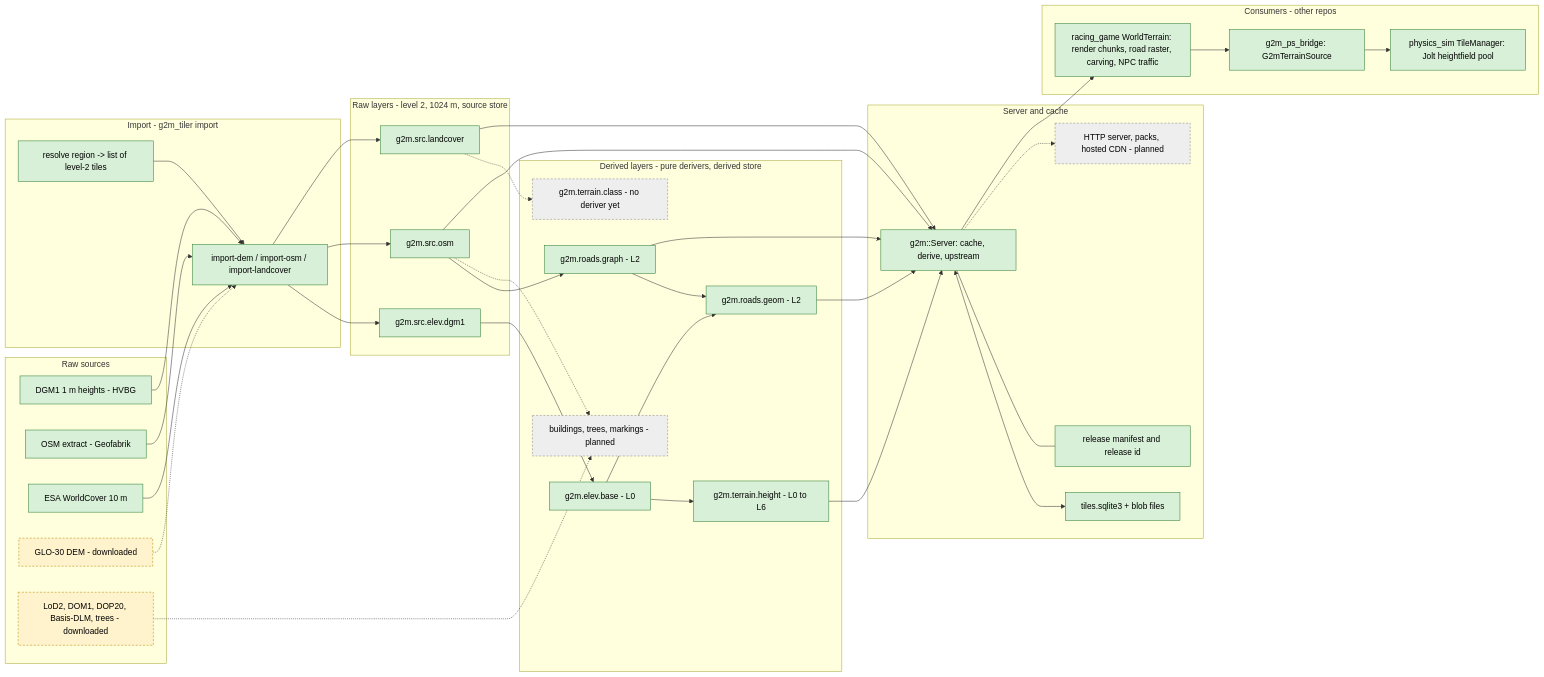
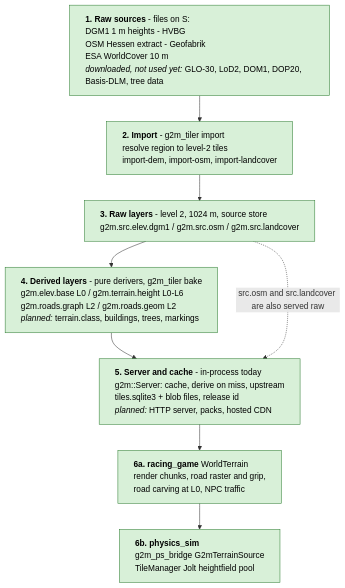
The first of 4 diagrams in docs/pipeline/README.md (SebastianDanielFrenz/geo2map_engine), drawn with Mermaid before and after one commit. The commit also changed other lines of this file, not shown here.

Commit message:
docs/pipeline: compact top-down overview and roadmap diagrams
The detailed left-to-right overview rendered about 2900 px wide. The overview
is now one box per stage (the per-layer detail stays in the layer dependency
diagram); the roadmap runs top-down.

````diff
--- a/docs/pipeline/README.md
+++ b/docs/pipeline/README.md
@@ -30,69 +30,16 @@
 ```mermaid
-flowchart LR
-  subgraph SRC["Raw sources"]
-    S1["DGM1 1 m heights - HVBG"]
-    S2["OSM extract - Geofabrik"]
-    S3["ESA WorldCover 10 m"]
-    S4["GLO-30 DEM - downloaded"]
-    S5["LoD2, DOM1, DOP20, Basis-DLM, trees - downloaded"]
-  end
-  subgraph IMP["Import - g2m_tiler import"]
-    I1["resolve region -> list of level-2 tiles"]
-    I2["import-dem / import-osm / import-landcover"]
-  end
-  subgraph RAW["Raw layers - level 2, 1024 m, source store"]
-    R1["g2m.src.elev.dgm1"]
-    R2["g2m.src.osm"]
-    R3["g2m.src.landcover"]
-  end
-  subgraph BAKE["Derived layers - pure derivers, derived store"]
-    D1["g2m.elev.base - L0"]
-    D2["g2m.terrain.height - L0 to L6"]
-    D3["g2m.roads.graph - L2"]
-    D4["g2m.roads.geom - L2"]
-    D5["g2m.terrain.class - no deriver yet"]
-    D6["buildings, trees, markings - planned"]
-  end
-  subgraph SRVC["Server and cache"]
-    C1["g2m::Server: cache, derive, upstream"]
-    C2["tiles.sqlite3 + blob files"]
-    C3["release manifest and release id"]
-    C4["HTTP server, packs, hosted CDN - planned"]
-  end
-  subgraph CONS["Consumers - other repos"]
-    K1["racing_game WorldTerrain: render chunks, road raster, carving, NPC traffic"]
-    K2["g2m_ps_bridge: G2mTerrainSource"]
-    K3["physics_sim TileManager: Jolt heightfield pool"]
-  end
-  S1 --> I2
-  S2 --> I2
-  S3 --> I2
-  S4 -.-> I2
-  S5 -.-> D6
-  I1 --> I2
-  I2 --> R1
-  I2 --> R2
-  I2 --> R3
-  R1 --> D1 --> D2
-  R2 --> D3 --> D4
-  D1 --> D4
-  R3 -.-> D5
-  R2 -.-> D6
-  D2 --> C1
-  D3 --> C1
-  D4 --> C1
-  R2 --> C1
-  R3 --> C1
-  C1 <--> C2
-  C1 --- C3
-  C1 -.-> C4
-  C1 --> K1
-  K1 --> K2 --> K3
+%%{init: {"flowchart": {"wrappingWidth": 440, "useMaxWidth": false}}}%%
+flowchart TB
+  SRC["<b>1. Raw sources</b> - files on S:<br/>DGM1 1 m heights - HVBG<br/>OSM Hessen extract - Geofabrik<br/>ESA WorldCover 10 m<br/><i>downloaded, not used yet:</i> GLO-30, LoD2, DOM1, DOP20, Basis-DLM, tree data"]
+  IMP["<b>2. Import</b> - g2m_tiler import<br/>resolve region to level-2 tiles<br/>import-dem, import-osm, import-landcover"]
+  RAW["<b>3. Raw layers</b> - level 2, 1024 m, source store<br/>g2m.src.elev.dgm1 / g2m.src.osm / g2m.src.landcover"]
+  BAKE["<b>4. Derived layers</b> - pure derivers, g2m_tiler bake<br/>g2m.elev.base L0 / g2m.terrain.height L0-L6<br/>g2m.roads.graph L2 / g2m.roads.geom L2<br/><i>planned:</i> terrain.class, buildings, trees, markings"]
+  SRV["<b>5. Server and cache</b> - in-process today<br/>g2m::Server: cache, derive on miss, upstream<br/>tiles.sqlite3 + blob files, release id<br/><i>planned:</i> HTTP server, packs, hosted CDN"]
+  GAME["<b>6a. racing_game</b> WorldTerrain<br/>render chunks, road raster and grip,<br/>road carving at L0, NPC traffic"]
+  PHYS["<b>6b. physics_sim</b><br/>g2m_ps_bridge G2mTerrainSource<br/>TileManager Jolt heightfield pool"]
+  SRC --> IMP --> RAW --> BAKE --> SRV --> GAME --> PHYS
+  RAW -. "src.osm and src.landcover are also served raw" .-> SRV
 
-  classDef done fill:#d8f0d8,stroke:#2e7d32,color:#000;
-  classDef part fill:#fff3cd,stroke:#b58900,stroke-dasharray:4 3,color:#000;
-  classDef plan fill:#eeeeee,stroke:#888888,stroke-dasharray:4 3,color:#000;
-  class S1,S2,S3,I1,I2,R1,R2,R3,D1,D2,D3,D4,C1,C2,C3,K1,K2,K3 done;
-  class S4,S5 part;
-  class D5,D6,C4 plan;
+  classDef done fill:#d8f0d8,stroke:#2e7d32,color:#000,text-align:left;
+  class SRC,IMP,RAW,BAKE,SRV,GAME,PHYS done;
 ```
````
